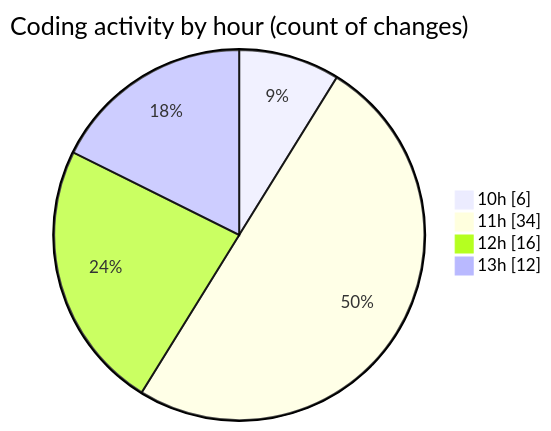
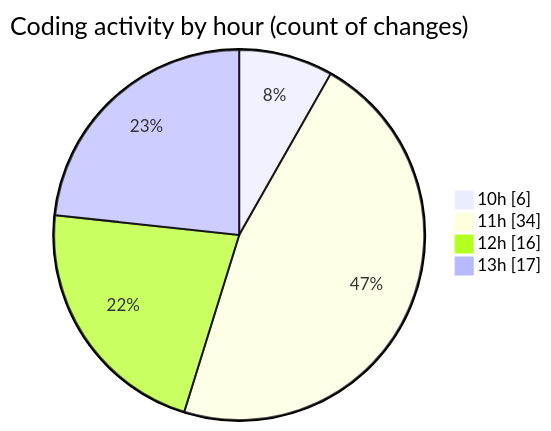
One commit to momahboobian/code-tracking changed the second of 2 diagrams in 2025-08-13/cda/README.md. Above: the diagram before and after it, drawn with Mermaid. The commit also changed other lines of this file and 1 other file, not shown here.

````diff
--- a/2025-08-13/cda/README.md
+++ b/2025-08-13/cda/README.md
@@ -33,8 +35,8 @@
 ```mermaid
 pie showData
 title Coding activity by hour (count of changes)
 "10h" : 6
 "11h" : 34
 "12h" : 16
-"13h" : 12
+"13h" : 17
 ```
````
